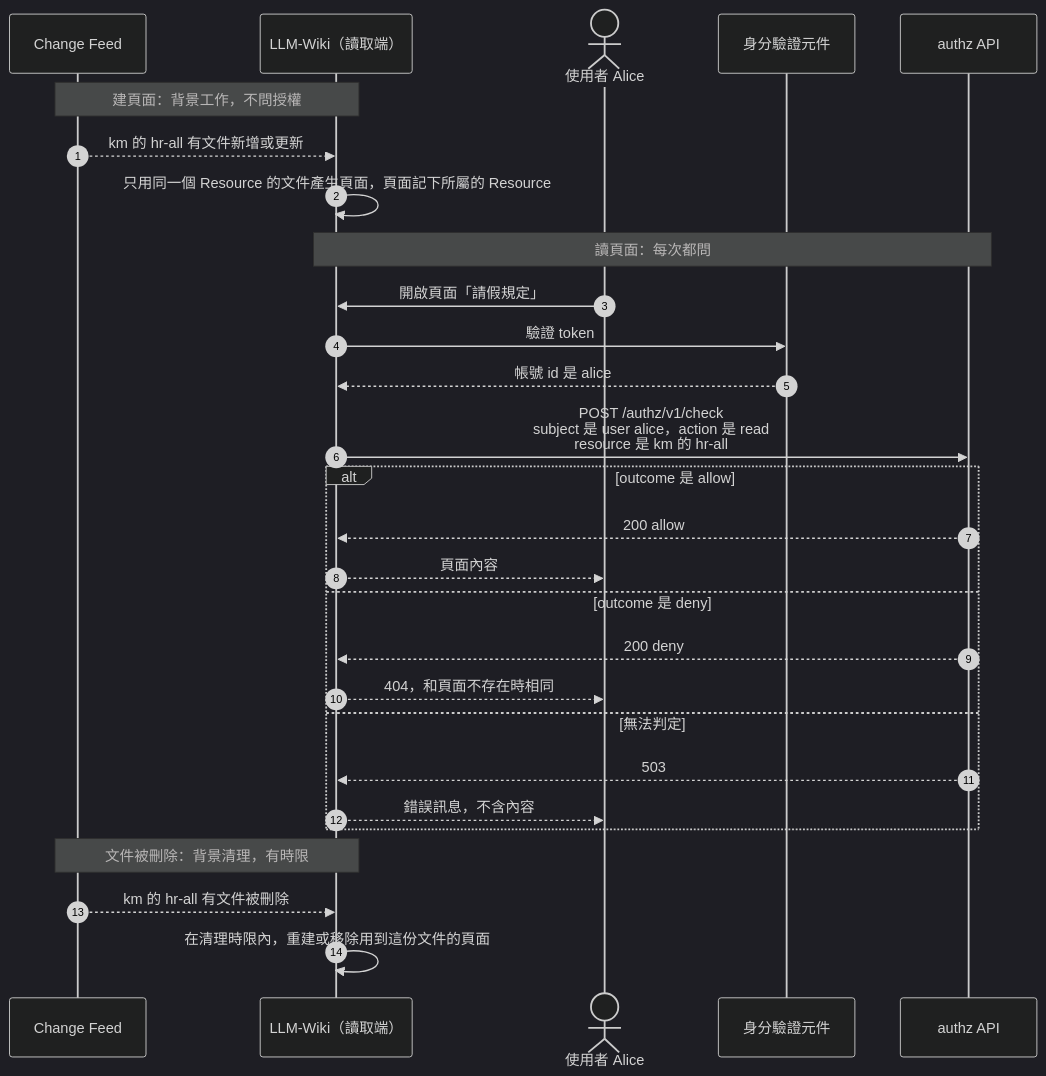
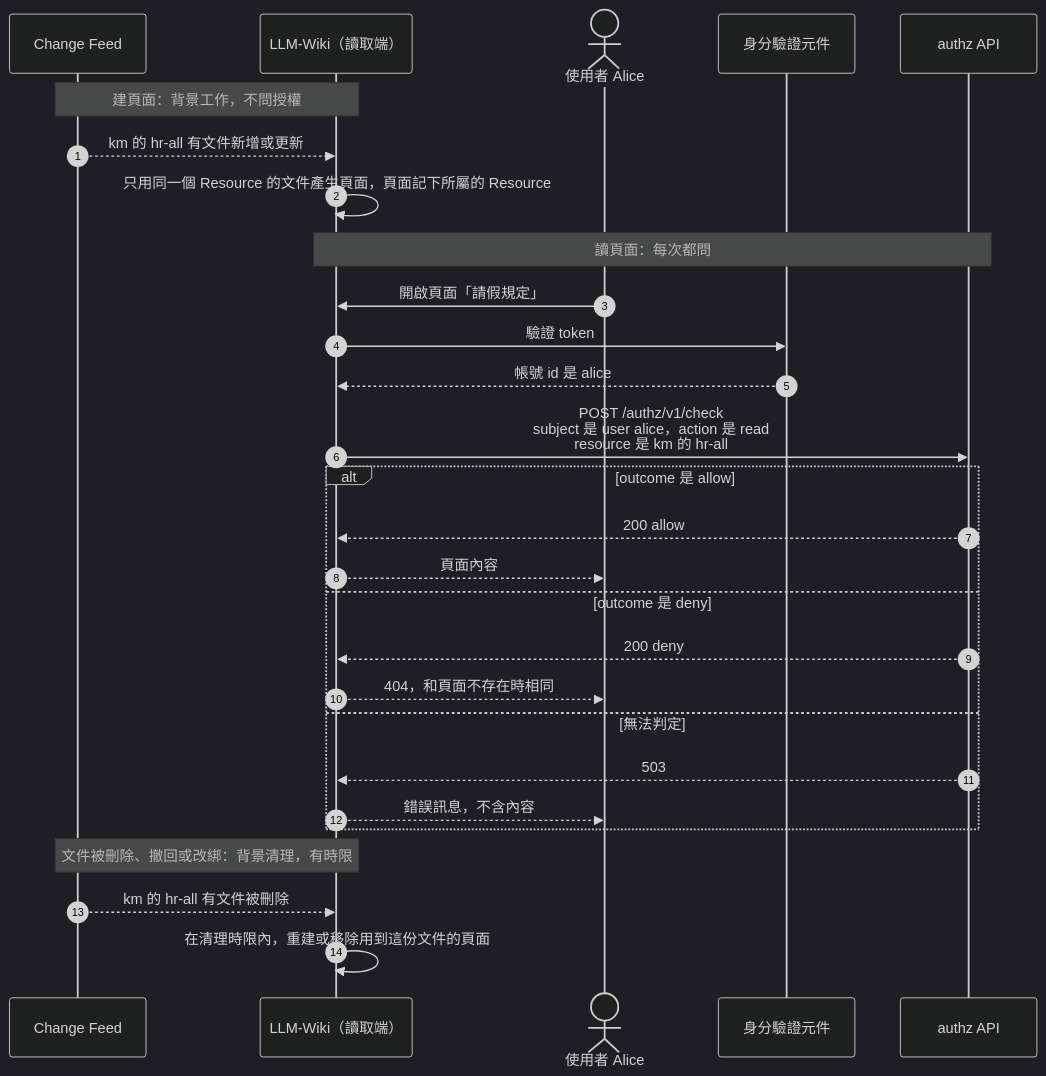
Before and after one commit to davidlinnnn/data-ingestion: the fourth of 6 diagrams in docs/design/knowledge-platform-authorization-guide.md, drawn with Mermaid (dark theme). The commit also changed other lines of this file and 5 other files, not shown here.

````diff
--- a/docs/design/knowledge-platform-authorization-guide.md
+++ b/docs/design/knowledge-platform-authorization-guide.md
@@ -285,30 +285,30 @@
 ```mermaid
 sequenceDiagram
   autonumber
   participant F as Change Feed
   participant W as LLM-Wiki（讀取端）
   actor U as 使用者 Alice
   participant I as 身分驗證元件
   participant Z as authz API
   Note over F,W: 建頁面：背景工作，不問授權
   F-->>W: km 的 hr-all 有文件新增或更新
   W->>W: 只用同一個 Resource 的文件產生頁面，頁面記下所屬的 Resource
   Note over W,Z: 讀頁面：每次都問
   U->>W: 開啟頁面「請假規定」
   W->>I: 驗證 token
   I-->>W: 帳號 id 是 alice
   W->>Z: POST /authz/v1/check<br/>subject 是 user alice，action 是 read<br/>resource 是 km 的 hr-all
   alt outcome 是 allow
     Z-->>W: 200 allow
     W-->>U: 頁面內容
   else outcome 是 deny
     Z-->>W: 200 deny
     W-->>U: 404，和頁面不存在時相同
   else 無法判定
     Z-->>W: 503
     W-->>U: 錯誤訊息，不含內容
   end
-  Note over F,W: 文件被刪除：背景清理，有時限
+  Note over F,W: 文件被刪除、撤回或改綁：背景清理，有時限
   F-->>W: km 的 hr-all 有文件被刪除
   W->>W: 在清理時限內，重建或移除用到這份文件的頁面
 ```
````
